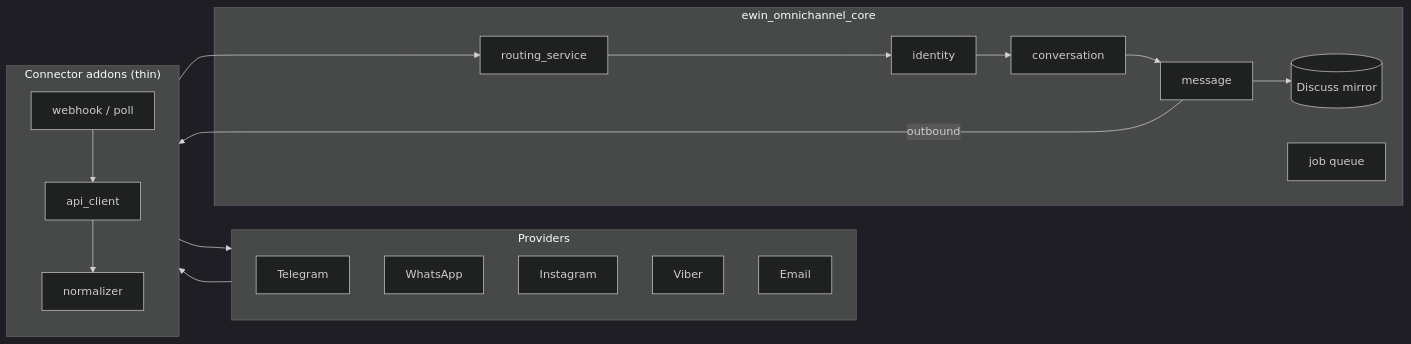
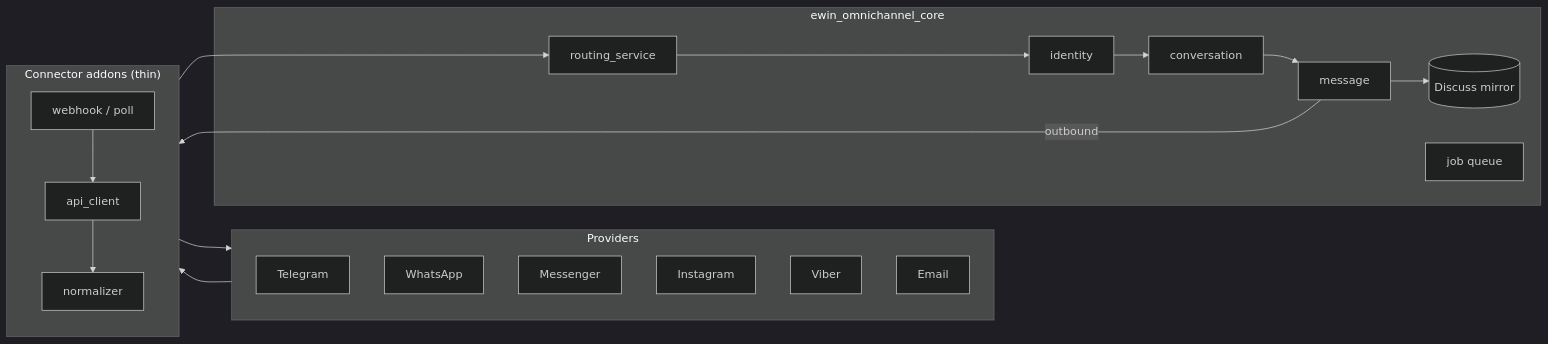
One commit to ewin-codes/ewin-inbox changed the diagram in README.md. Above: the diagram before and after it, drawn with Mermaid (dark theme). The commit also changed other lines of this file and 2 other files, not shown here.

First line of the commit message:
docs: document the Messenger channel; keep .gitignore local-only

````diff
--- a/README.md
+++ b/README.md
@@ -40,16 +41,16 @@
 ```mermaid
 flowchart LR
     subgraph Providers
-      TG[Telegram] & WA[WhatsApp] & IG[Instagram] & VB[Viber] & EM[Email]
+      TG[Telegram] & WA[WhatsApp] & MS[Messenger] & IG[Instagram] & VB[Viber] & EM[Email]
     end
     subgraph Connectors["Connector addons (thin)"]
       C1[webhook / poll] --> C2[api_client] --> C3[normalizer]
     end
     subgraph Core["ewin_omnichannel_core"]
       R[routing_service] --> I[identity] --> V[conversation] --> M[message]
       M --> D[(Discuss mirror)]
       Q[job queue]
     end
     Providers --> Connectors --> R
     M -->|outbound| Connectors --> Providers
 ```
````
